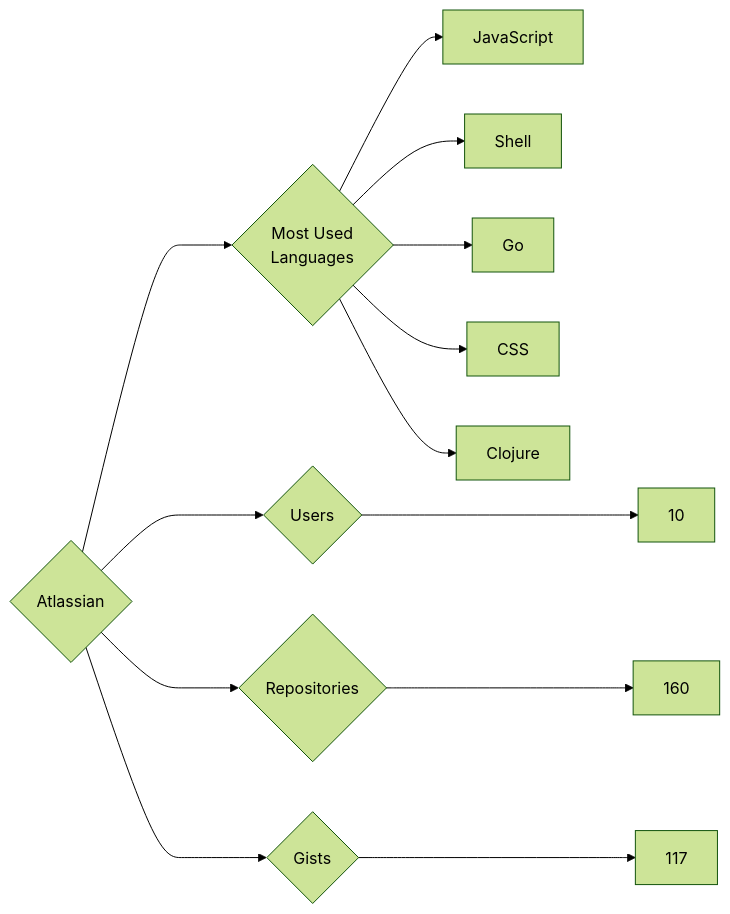
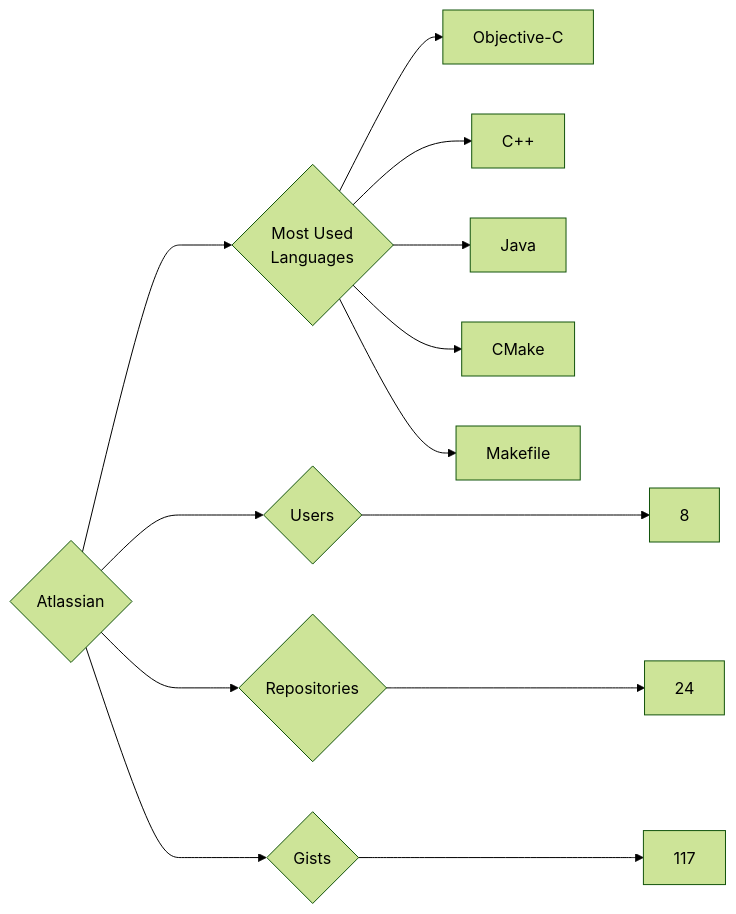
The diagram in targets/Atlassian/README.md (trickest/insiders), drawn with Mermaid (forest theme) before and after one commit. The commit also changed 988 other files, not shown here.

````diff
--- a/targets/Atlassian/README.md
+++ b/targets/Atlassian/README.md
@@ -3,13 +3,13 @@
 ```mermaid
 graph LR
 COMPANY_NAME{Atlassian}
-COMPANY_NAME ---> U{Users} ---> UN[10]
-COMPANY_NAME ---> R{Repositories} ---> RN[160]
+COMPANY_NAME ---> U{Users} ---> UN[8]
+COMPANY_NAME ---> R{Repositories} ---> RN[24]
 COMPANY_NAME ---> G{Gists} ---> GN[117]
 COMPANY_NAME ---> ML{Most Used<br>Languages}
-ML --> JavaScript[JavaScript]
-ML --> Shell[Shell]
-ML --> Go[Go]
-ML --> CSS[CSS]
-ML --> Clojure[Clojure]
+ML --> Objective-C[Objective-C]
+ML --> C++[C++]
+ML --> Java[Java]
+ML --> CMake[CMake]
+ML --> Makefile[Makefile]
 ```
````
